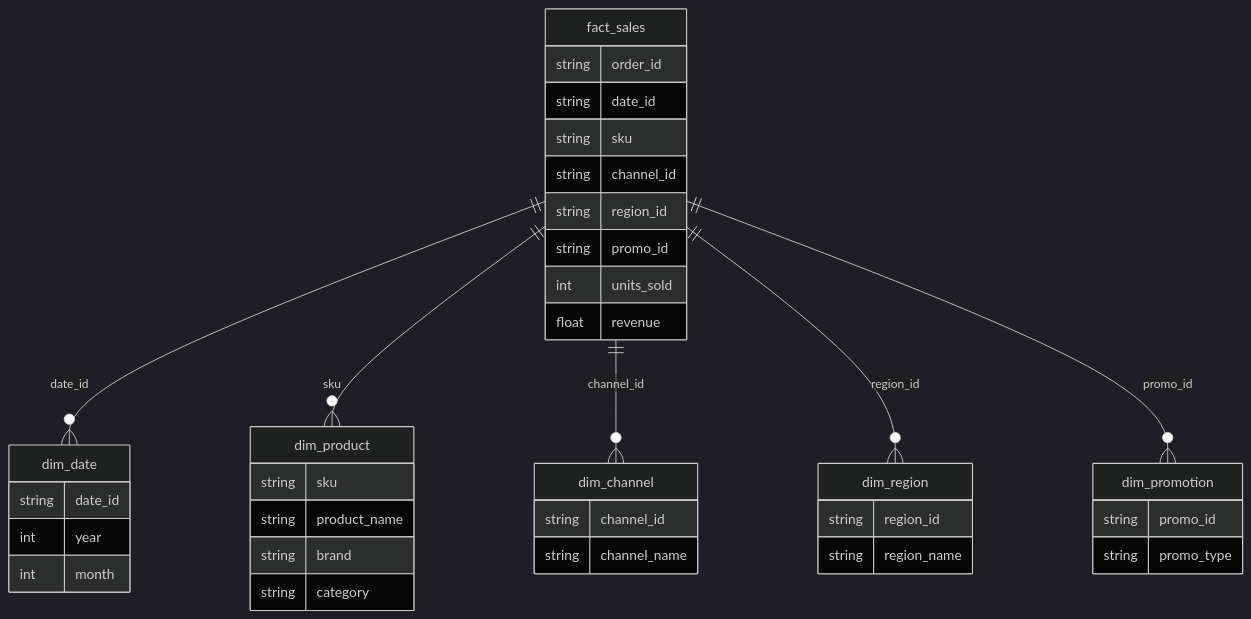
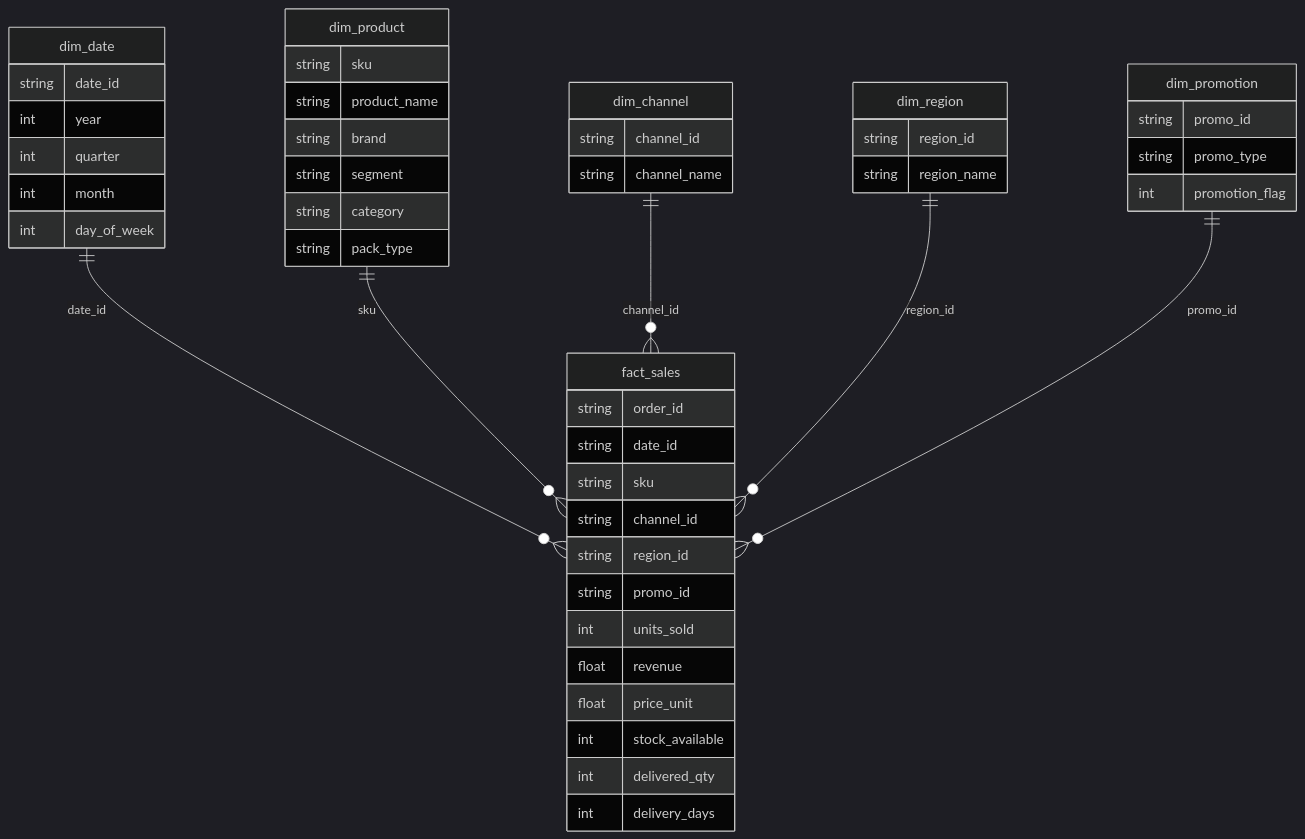
One commit to Fahyi/fmcg-demand-analytics changed the second of 2 diagrams in README.md. Above: the diagram before and after it, drawn with Mermaid (dark theme). The commit also changed other lines of this file and 10 other files, not shown here.

````diff
--- a/README.md
+++ b/README.md
@@ -91,42 +97,56 @@
 ```mermaid
 erDiagram
-fact_sales ||--o{ dim_date : "date_id"
-fact_sales ||--o{ dim_product : "sku"
-fact_sales ||--o{ dim_channel : "channel_id"
-fact_sales ||--o{ dim_region : "region_id"
-fact_sales ||--o{ dim_promotion : "promo_id"
+  dim_date ||--o{ fact_sales : date_id
+  dim_product ||--o{ fact_sales : sku
+  dim_channel ||--o{ fact_sales : channel_id
+  dim_region ||--o{ fact_sales : region_id
+  dim_promotion ||--o{ fact_sales : promo_id
 
-fact_sales {
-string order_id
-string date_id
-string sku
-string channel_id
-string region_id
-string promo_id
-int units_sold
-float revenue
-}
-dim_product {
-string sku
-string product_name
-string brand
-string category
-}
-dim_date {
-string date_id
-int year
-int month
-}
-dim_channel {
-string channel_id
-string channel_name
-}
-dim_region {
-string region_id
-string region_name
-}
-dim_promotion {
-string promo_id
-string promo_type
-}
+  fact_sales {
+    string order_id
+    string date_id
+    string sku
+    string channel_id
+    string region_id
+    string promo_id
+    int units_sold
+    float revenue
+    float price_unit
+    int stock_available
+    int delivered_qty
+    int delivery_days
+  }
+
+  dim_product {
+    string sku
+    string product_name
+    string brand
+    string segment
+    string category
+    string pack_type
+  }
+
+  dim_date {
+    string date_id
+    int year
+    int quarter
+    int month
+    int day_of_week
+  }
+
+  dim_channel {
+    string channel_id
+    string channel_name
+  }
+
+  dim_region {
+    string region_id
+    string region_name
+  }
+
+  dim_promotion {
+    string promo_id
+    string promo_type
+    int promotion_flag
+  }
 ```
````
